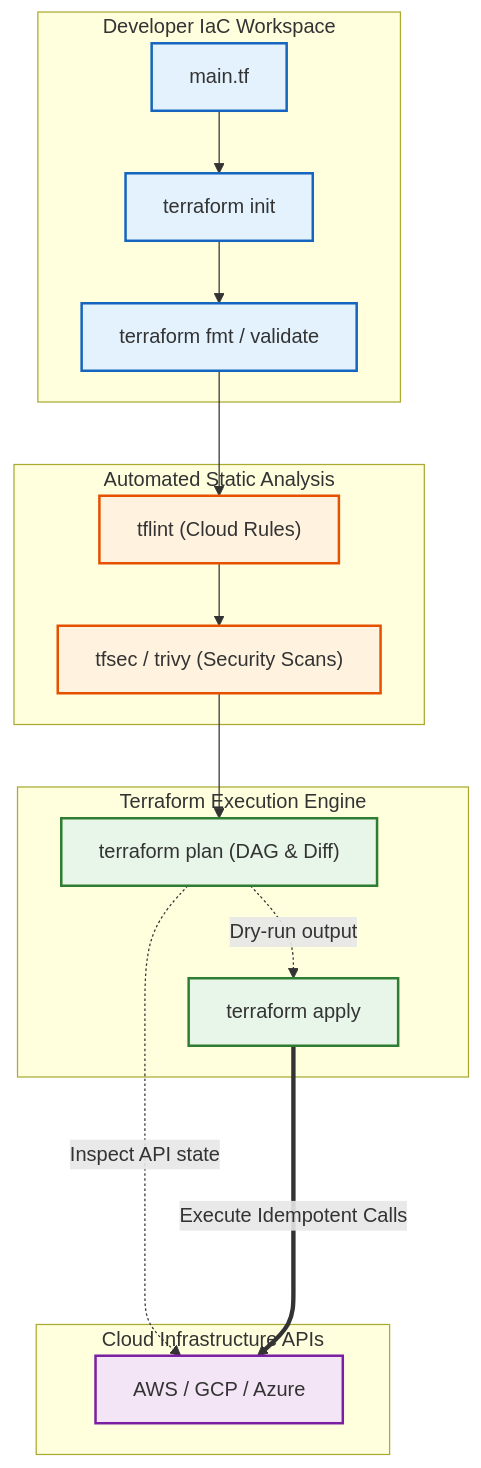
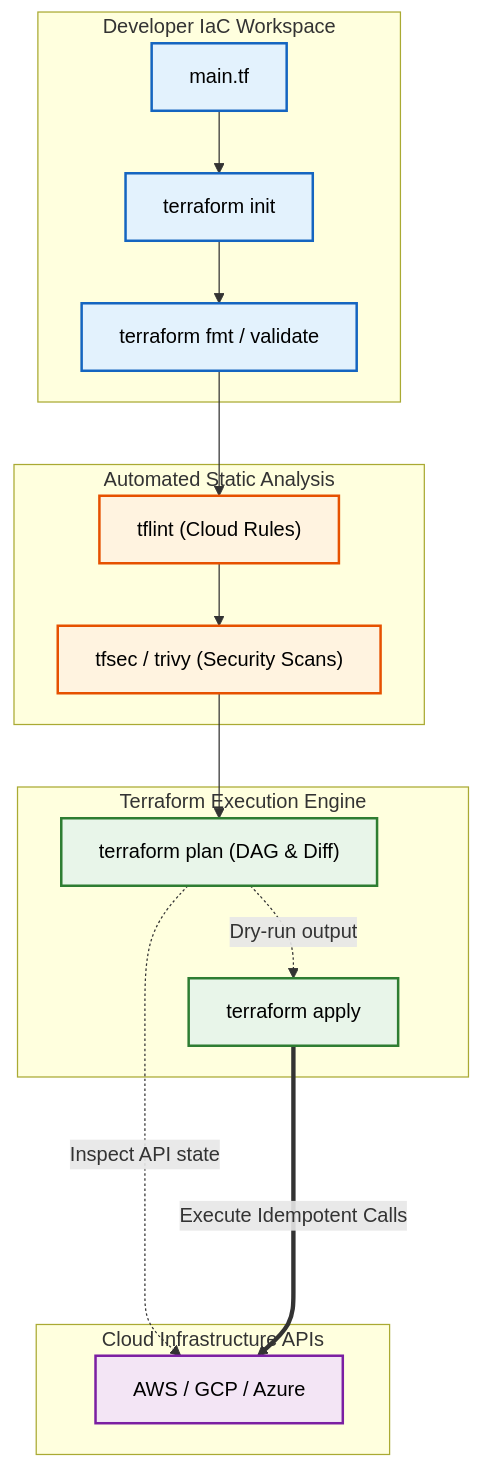
One commit to aloysiuspattath/platform-engineering-ai-course changed the diagram in courses/platform-engineering/modules/module-08/lesson-01.md. Above: the diagram before and after it, drawn with Mermaid. The commit also changed 53 other files, not shown here.

Commit message:
fix: enforce high-contrast black text on mermaid diagram fills for dark mode readability

````diff
--- a/courses/platform-engineering/modules/module-08/lesson-01.md
+++ b/courses/platform-engineering/modules/module-08/lesson-01.md
@@ -120,38 +120,38 @@
 ```mermaid
 flowchart TD
-    classDef dev fill:#e3f2fd,stroke:#1565c0,stroke-width:2px;
-    classDef gate fill:#fff3e0,stroke:#e65100,stroke-width:2px;
-    classDef engine fill:#e8f5e9,stroke:#2e7d32,stroke-width:2px;
-    classDef cloud fill:#f3e5f5,stroke:#7b1fa2,stroke-width:2px;
+    classDef dev fill:#e3f2fd,stroke:#1565c0,stroke-width:2px,color:#000000;
+    classDef gate fill:#fff3e0,stroke:#e65100,stroke-width:2px,color:#000000;
+    classDef engine fill:#e8f5e9,stroke:#2e7d32,stroke-width:2px,color:#000000;
+    classDef cloud fill:#f3e5f5,stroke:#7b1fa2,stroke-width:2px,color:#000000;
 
     subgraph DeveloperWorkspace [Developer IaC Workspace]
         HCL["main.tf"]
         INIT["terraform init"]
         FMT["terraform fmt / validate"]
         HCL --> INIT --> FMT
     end
 
     subgraph SecurityGate [Automated Static Analysis]
         TFLINT["tflint (Cloud Rules)"]
         TFSEC["tfsec / trivy (Security Scans)"]
         FMT --> TFLINT --> TFSEC
     end
 
     subgraph ExecutionEngine [Terraform Execution Engine]
         PLAN["terraform plan (DAG & Diff)"]
         APPLY["terraform apply"]
         TFSEC --> PLAN
         PLAN -.->|Dry-run output| APPLY
     end
 
     subgraph CloudAPI [Cloud Infrastructure APIs]
         CLOUD["AWS / GCP / Azure"]
         PLAN -.->|Inspect API state| CLOUD
         APPLY ====>|Execute Idempotent Calls| CLOUD
     end
 
     class HCL,INIT,FMT dev;
     class TFLINT,TFSEC gate;
     class PLAN,APPLY engine;
     class CLOUD cloud;
 ```
````
